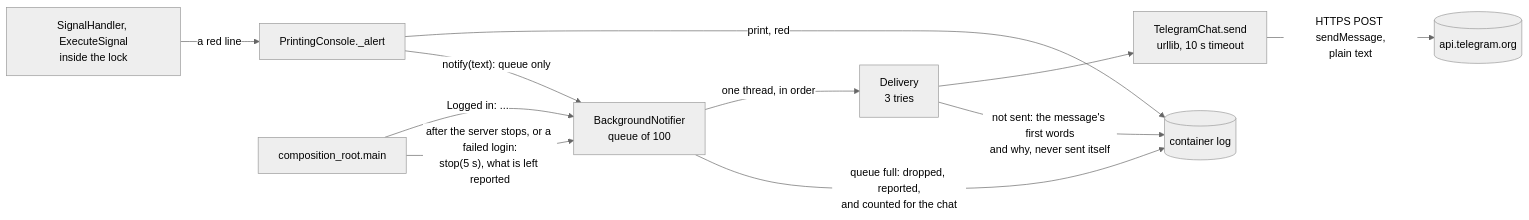
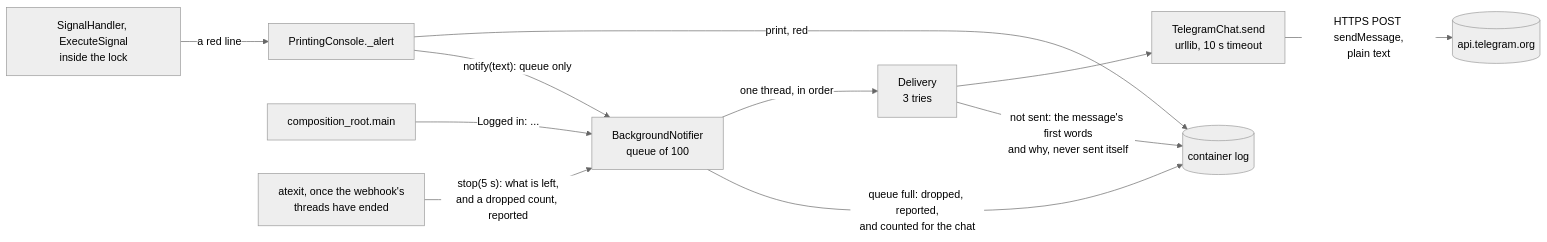
The diagram in docs/adr/0027-send-the-red-lines-to-telegram.md (Akinzou/TradeLockerBot), drawn with Mermaid (neutral theme) before and after one commit. The commit also changed other lines of this file and 1 other file, not shown here.

Commit message:
docs: the notifier's stop as an exit function, and the second review of step 6o

````diff
--- a/docs/adr/0027-send-the-red-lines-to-telegram.md
+++ b/docs/adr/0027-send-the-red-lines-to-telegram.md
@@ -51,13 +51,13 @@
 ```mermaid
 flowchart LR
     SH[SignalHandler, ExecuteSignal<br/>inside the lock] -- "a red line" --> PC[PrintingConsole._alert]
     CR[composition_root.main] -- "Logged in: ..." --> N
     PC -- "print, red" --> LOG[(container log)]
     PC -- "notify(text): queue only" --> N[BackgroundNotifier<br/>queue of 100]
     N -- "one thread, in order" --> D[Delivery<br/>3 tries]
     D --> TC[TelegramChat.send<br/>urllib, 10 s timeout]
     TC -- "HTTPS POST sendMessage,<br/>plain text" --> TG[(api.telegram.org)]
     D -- "not sent: the message's first words<br/>and why, never sent itself" --> LOG
     N -- "queue full: dropped, reported,<br/>and counted for the chat" --> LOG
-    CR -- "after the server stops, or a failed login:<br/>stop(5 s), what is left reported" --> N
+    EXIT[atexit, once the webhook's<br/>threads have ended] -- "stop(5 s): what is left,<br/>and a dropped count, reported" --> N
 ```
````
